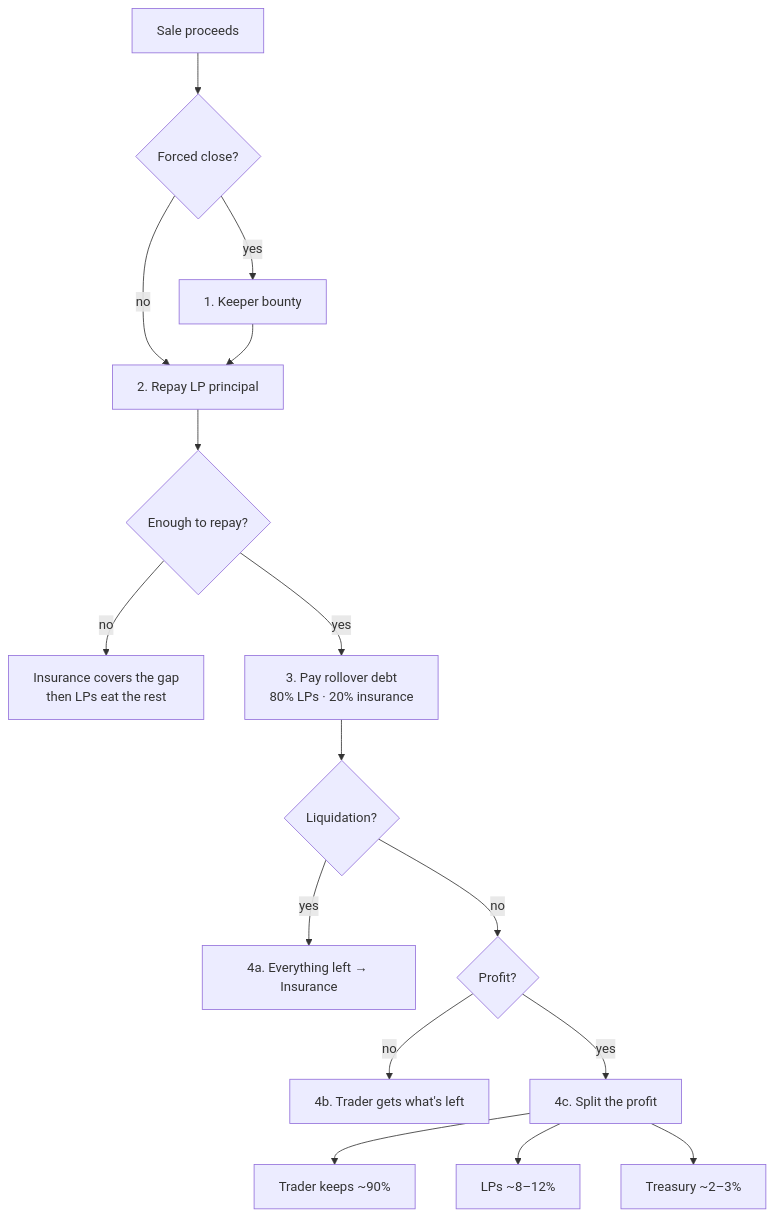
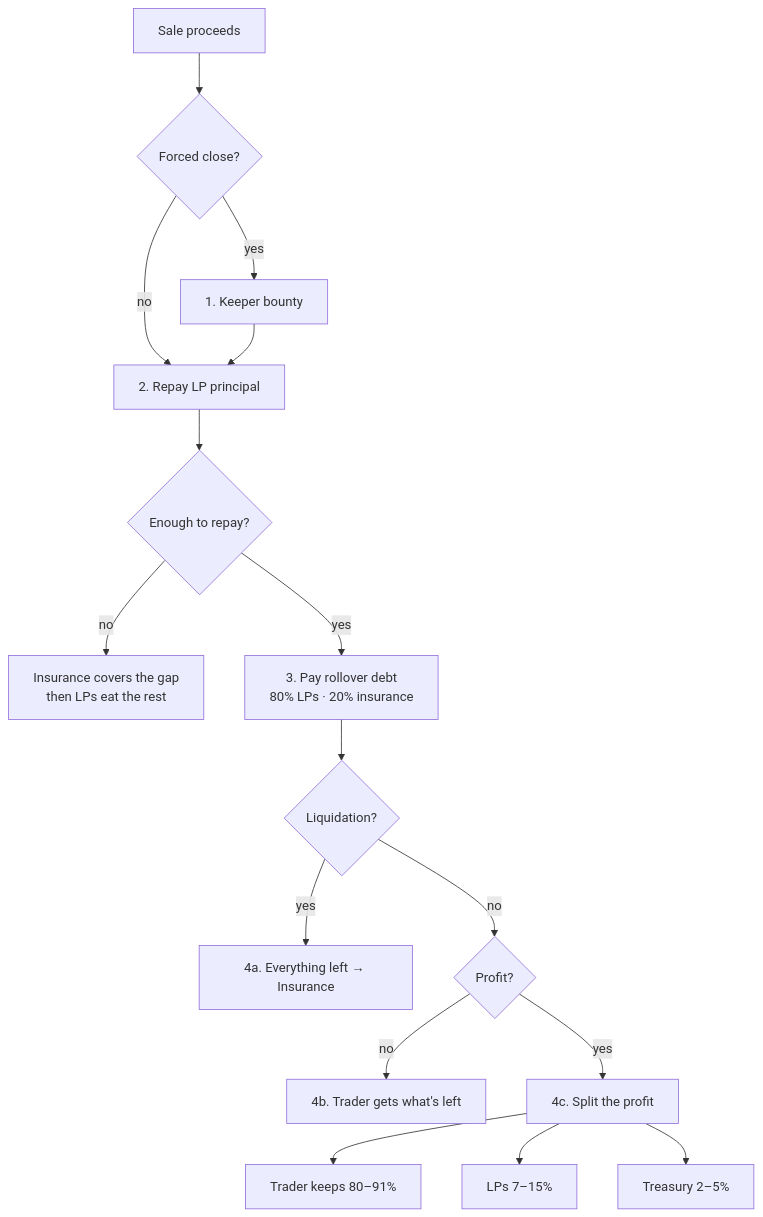
The fifth of 10 diagrams in README.md (Niraj-Kamdar/decentralised-prop-trading), drawn with Mermaid before and after one commit. The commit also changed other lines of this file and 4 other files, not shown here.

````diff
--- a/README.md
+++ b/README.md
@@ -118,18 +133,18 @@
 ```mermaid
 flowchart TD
     S[Sale proceeds] --> B{Forced close?}
     B -- yes --> K[1. Keeper bounty]
     B -- no --> R
     K --> R[2. Repay LP principal]
     R --> L{Enough to repay?}
     L -- no --> BD[Insurance covers the gap<br/>then LPs eat the rest]
     L -- yes --> D[3. Pay rollover debt<br/>80% LPs · 20% insurance]
     D --> Q{Liquidation?}
     Q -- yes --> PEN[4a. Everything left → Insurance]
     Q -- no --> PR{Profit?}
     PR -- "no" --> TL[4b. Trader gets what's left]
     PR -- "yes" --> SPLIT[4c. Split the profit]
-    SPLIT --> TP[Trader keeps ~90%]
-    SPLIT --> LPC[LPs ~8–12%]
-    SPLIT --> TRE[Treasury ~2–3%]
+    SPLIT --> TP[Trader keeps 80–91%]
+    SPLIT --> LPC[LPs 7–15%]
+    SPLIT --> TRE[Treasury 2–5%]
 ```
````
